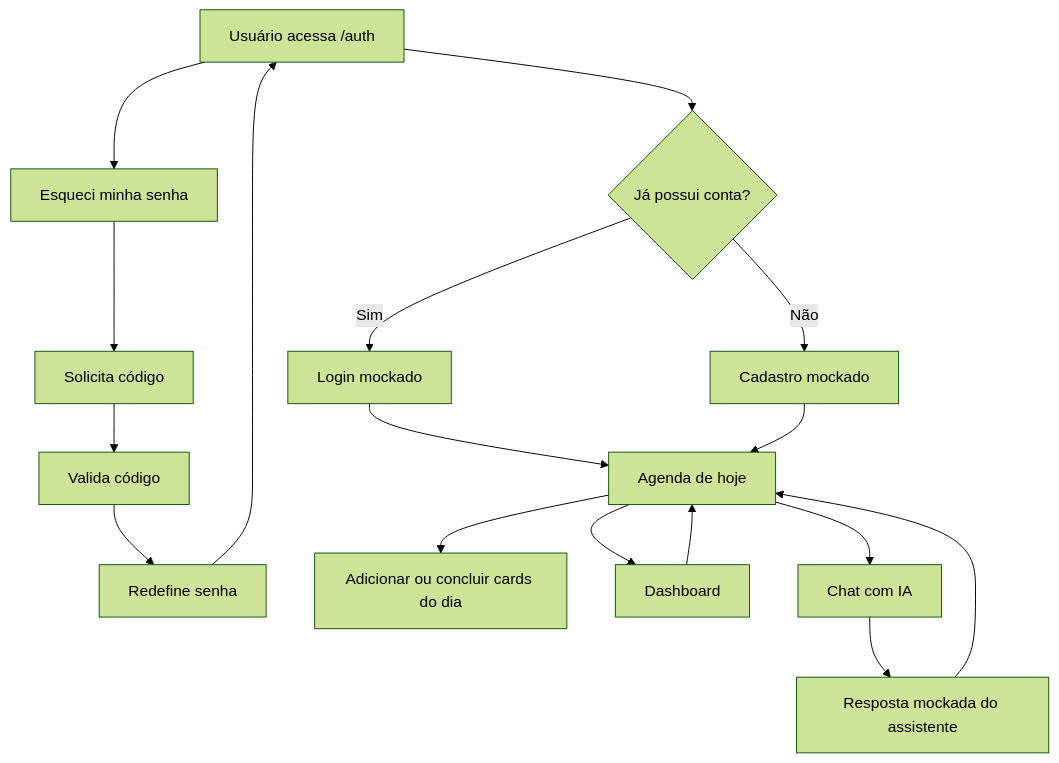
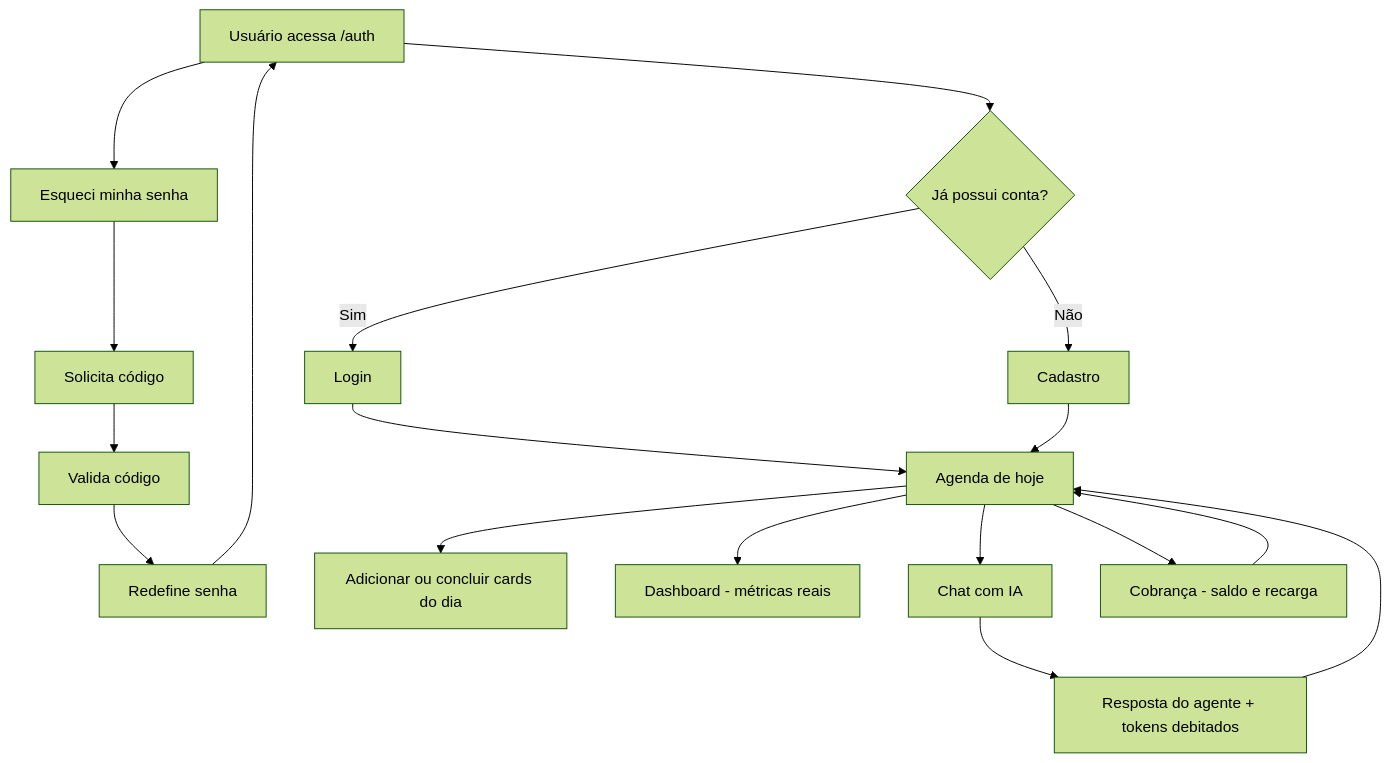
The second of 2 diagrams in Card_14-Pratica_Projeto-Final-Part-Final/frontend/README.md (SebenJose/Fast-Camp---Web), drawn with Mermaid (forest theme) before and after one commit. The commit also changed other lines of this file and 2 other files, not shown here.

Commit message:
docs: atualiza os READMEs com chat, cobrança, métricas e segurança

````diff
--- a/Card_14-Pratica_Projeto-Final-Part-Final/frontend/README.md
+++ b/Card_14-Pratica_Projeto-Final-Part-Final/frontend/README.md
@@ -193,19 +170,17 @@
 ```mermaid
 flowchart TD
   A[Usuário acessa /auth] --> B{Já possui conta?}
-  B -->|Sim| C[Login mockado]
-  B -->|Não| D[Cadastro mockado]
+  B -->|Sim| C[Login]
+  B -->|Não| D[Cadastro]
   C --> E[Agenda de hoje]
-  D --> E[Agenda de hoje]
+  D --> E
   A --> F[Esqueci minha senha]
-  F --> G[Solicita código]
-  G --> H[Valida código]
-  H --> I[Redefine senha]
-  I --> A
+  F --> G[Solicita código] --> H[Valida código] --> I[Redefine senha] --> A
   E --> J[Adicionar ou concluir cards do dia]
-  E --> K[Dashboard]
+  E --> K[Dashboard - métricas reais]
   E --> L[Chat com IA]
-  K --> E
-  L --> M[Resposta mockada do assistente]
+  E --> N[Cobrança - saldo e recarga]
+  L --> M[Resposta do agente + tokens debitados]
   M --> E
+  N --> E
 ```
````
